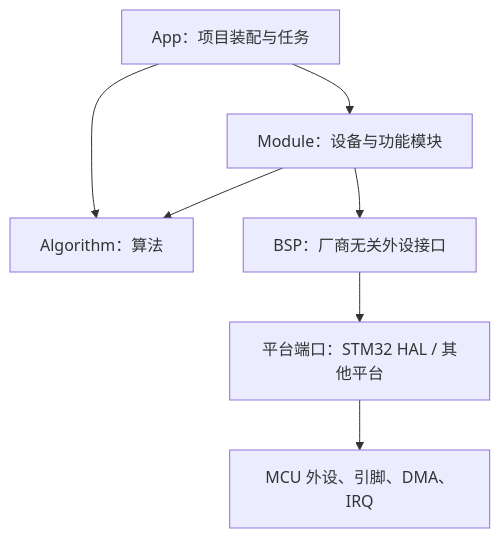
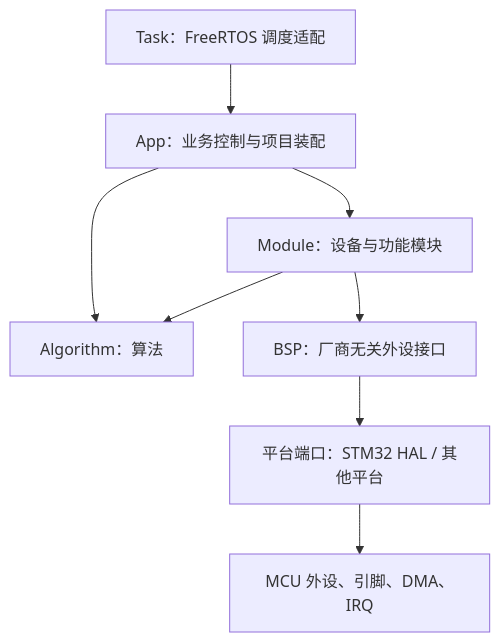
Before and after one commit to Aholala/general_framework: the diagram in README.md, drawn with Mermaid. The commit also changed other lines of this file and 62 other files, not shown here.

````diff
--- a/README.md
+++ b/README.md
@@ -31,9 +31,10 @@
 ```mermaid
 flowchart TD
-    App["App：项目装配与任务"] --> Module["Module：设备与功能模块"]
+    Task["Task：FreeRTOS 调度适配"] --> App["App：业务控制与项目装配"]
+    App --> Module["Module：设备与功能模块"]
     App --> Algorithm["Algorithm：算法"]
     Module --> Algorithm
     Module --> Bsp["BSP：厂商无关外设接口"]
     Bsp --> Port["平台端口：STM32 HAL / 其他平台"]
     Port --> Hardware["MCU 外设、引脚、DMA、IRQ"]
 ```
````
